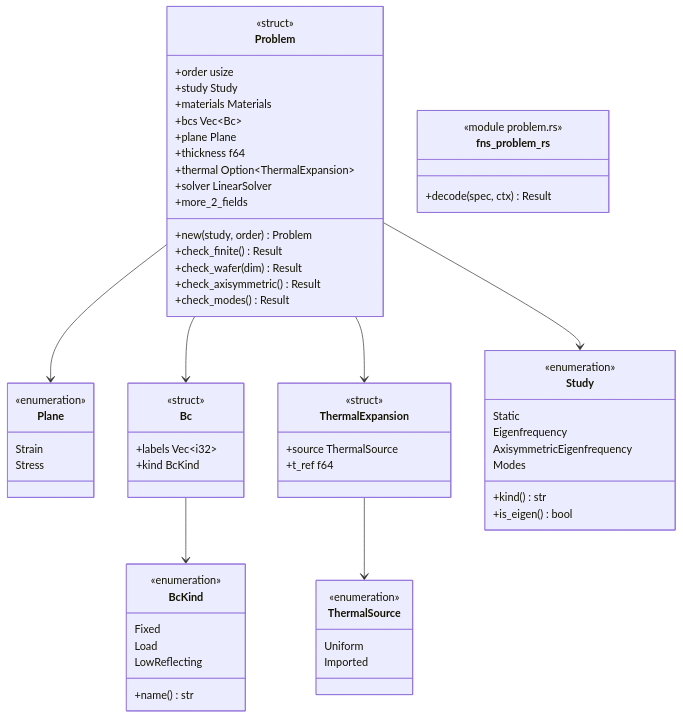
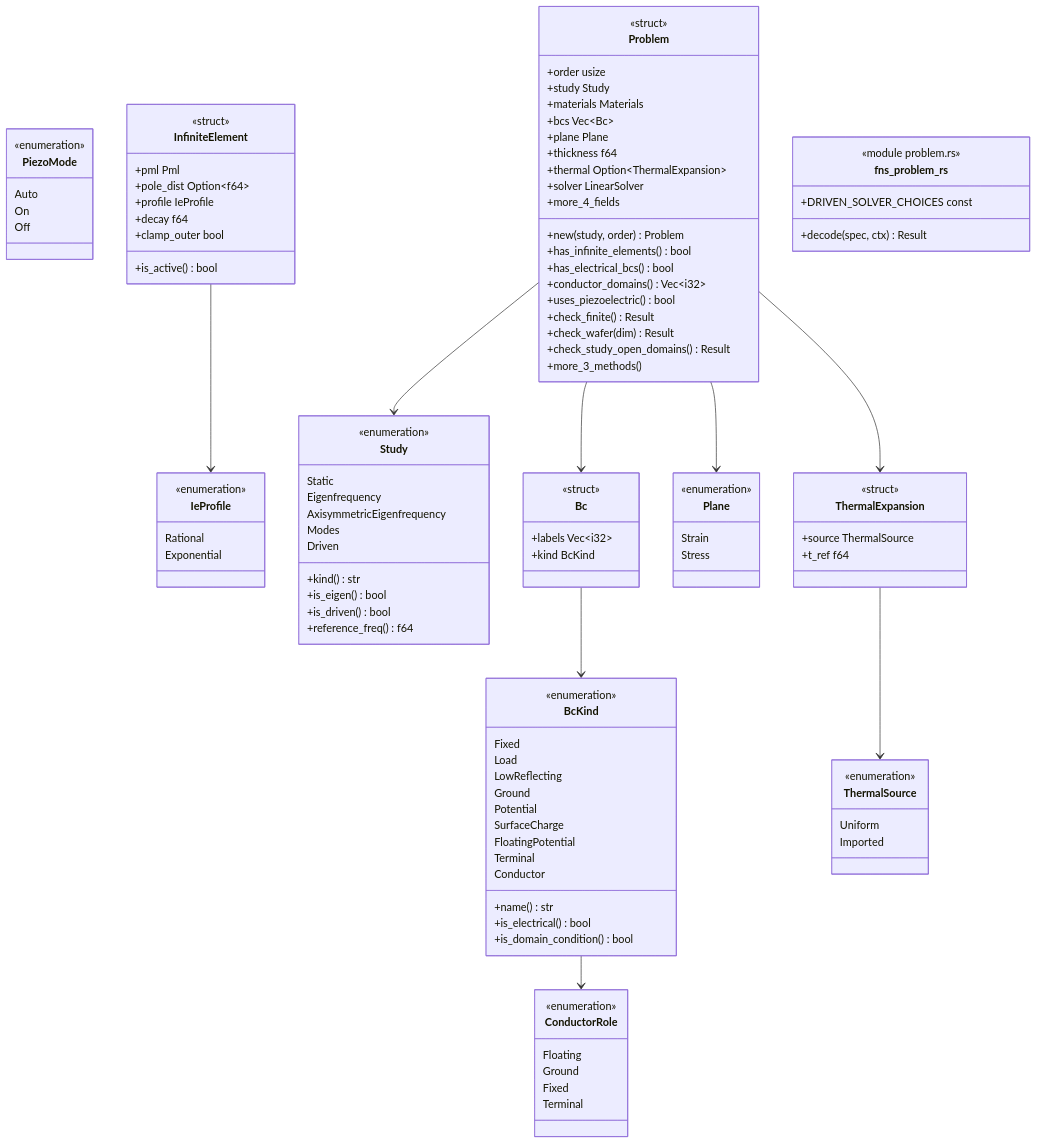
One commit to p-j-r/nyx changed the diagram in docs/architecture/c4/4-code/sms/problem.md. Above: the diagram before and after it, drawn with Mermaid. The commit also changed other lines of this file and 110 other files, not shown here.

```diff
--- a/docs/architecture/c4/4-code/sms/problem.md
+++ b/docs/architecture/c4/4-code/sms/problem.md
@@ -43,17 +44,52 @@
       Strain
       Stress
   }
+  class PiezoMode {
+      <<enumeration>>
+      Auto
+      On
+      Off
+  }
+  class ConductorRole {
+      <<enumeration>>
+      Floating
+      Ground
+      Fixed
+      Terminal
+  }
   class BcKind {
       <<enumeration>>
       Fixed
       Load
       LowReflecting
+      Ground
+      Potential
+      SurfaceCharge
+      FloatingPotential
+      Terminal
+      Conductor
       +name() str
+      +is_electrical() bool
+      +is_domain_condition() bool
   }
   class Bc {
       <<struct>>
       +labels Vec~i32~
       +kind BcKind
+  }
+  class IeProfile {
+      <<enumeration>>
+      Rational
+      Exponential
+  }
+  class InfiniteElement {
+      <<struct>>
+      +pml Pml
+      +pole_dist Option~f64~
+      +profile IeProfile
+      +decay f64
+      +clamp_outer bool
+      +is_active() bool
   }
   class ThermalSource {
       <<enumeration>>
@@ -71,8 +107,11 @@
       Eigenfrequency
       AxisymmetricEigenfrequency
       Modes
+      Driven
       +kind() str
       +is_eigen() bool
+      +is_driven() bool
+      +reference_freq() f64
   }
   class Problem {
       <<struct>>
@@ -84,18 +123,25 @@
       +thickness f64
       +thermal Option~ThermalExpansion~
       +solver LinearSolver
-      +more_2_fields
+      +more_4_fields
       +new(study, order) Problem
+      +has_infinite_elements() bool
+      +has_electrical_bcs() bool
+      +conductor_domains() Vec~i32~
+      +uses_piezoelectric() bool
       +check_finite() Result
       +check_wafer(dim) Result
-      +check_axisymmetric() Result
-      +check_modes() Result
+      +check_study_open_domains() Result
+      +more_3_methods()
   }
   class fns_problem_rs {
       <<module problem.rs>>
       +decode(spec, ctx) Result
+      +DRIVEN_SOLVER_CHOICES const
   }
+  BcKind --> ConductorRole
   Bc --> BcKind
+  InfiniteElement --> IeProfile
   ThermalExpansion --> ThermalSource
   Problem --> Study
   Problem --> Bc
```
